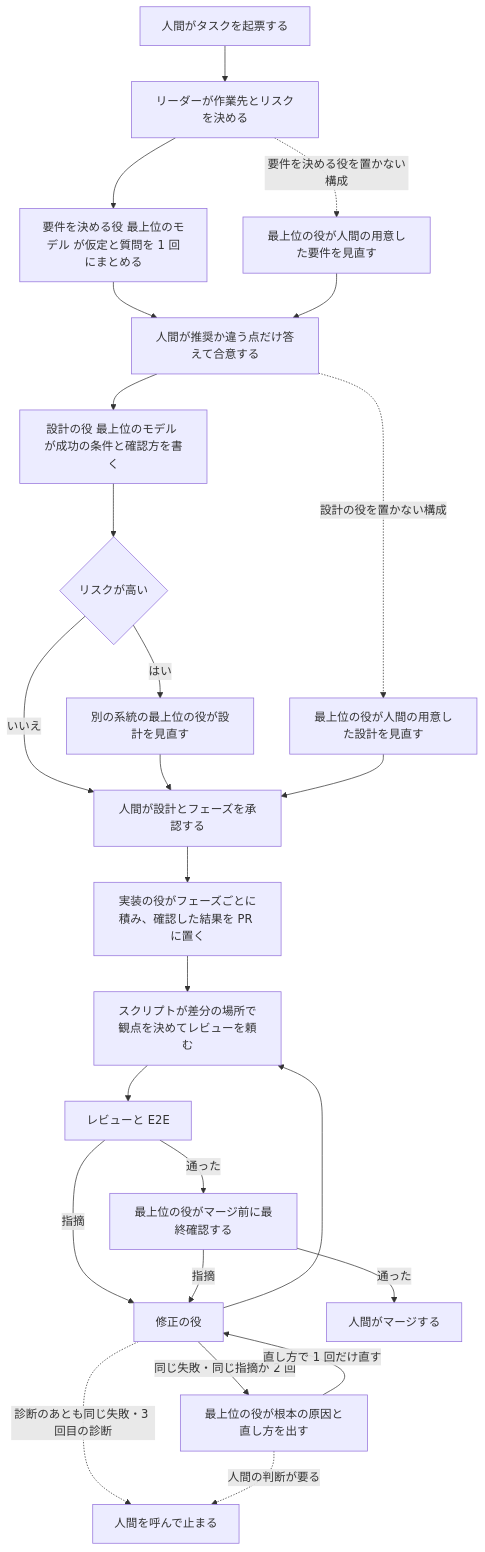
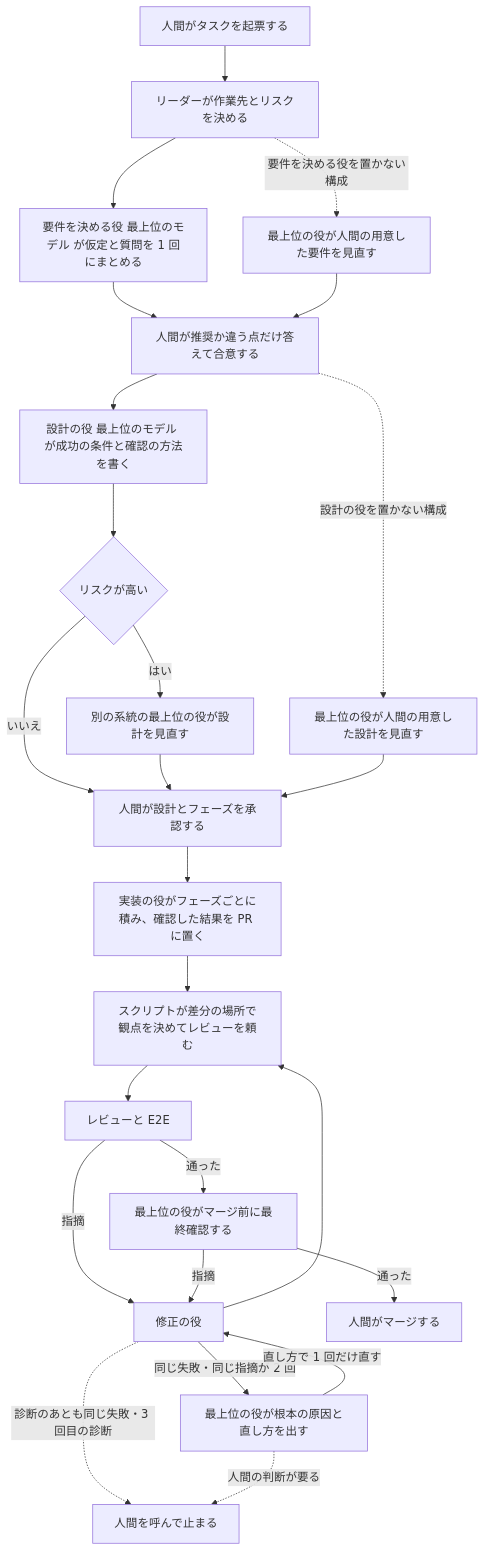
Before and after one commit to AnD00/multica-squad-kit: the second of 2 diagrams in docs/workflow.md, drawn with Mermaid. The commit also changed other lines of this file and 2 other files, not shown here.

````diff
--- a/docs/workflow.md
+++ b/docs/workflow.md
@@ -186,27 +186,27 @@
 ```mermaid title="改善後の流れ"
 flowchart TD
   A[人間がタスクを起票する] --> L[リーダーが作業先とリスクを決める]
   L --> P[要件を決める役 最上位のモデル が仮定と質問を 1 回にまとめる]
   L -. 要件を決める役を置かない構成 .-> XP[最上位の役が人間の用意した要件を見直す]
   P --> HA[人間が推奨か違う点だけ答えて合意する]
   XP --> HA
-  HA --> D[設計の役 最上位のモデル が成功の条件と確認方を書く]
+  HA --> D[設計の役 最上位のモデル が成功の条件と確認の方法を書く]
   HA -. 設計の役を置かない構成 .-> XD[最上位の役が人間の用意した設計を見直す]
   D --> R1{リスクが高い}
   R1 -- はい --> X1[別の系統の最上位の役が設計を見直す]
   R1 -- いいえ --> HB
   X1 --> HB[人間が設計とフェーズを承認する]
   XD --> HB
   HB --> I[実装の役がフェーズごとに積み、確認した結果を PR に置く]
   I --> S[スクリプトが差分の場所で観点を決めてレビューを頼む]
   S --> RV[レビューと E2E]
   RV -- 指摘 --> F[修正の役]
   F --> S
   F -- 同じ失敗・同じ指摘が 2 回 --> X2[最上位の役が根本の原因と直し方を出す]
   X2 -- 直し方で 1 回だけ直す --> F
   F -. 診断のあとも同じ失敗・3 回目の診断 .-> HS[人間を呼んで止まる]
   X2 -. 人間の判断が要る .-> HS
   RV -- 通った --> X3[最上位の役がマージ前に最終確認する]
   X3 -- 指摘 --> F
   X3 -- 通った --> HM[人間がマージする]
 ```
````
